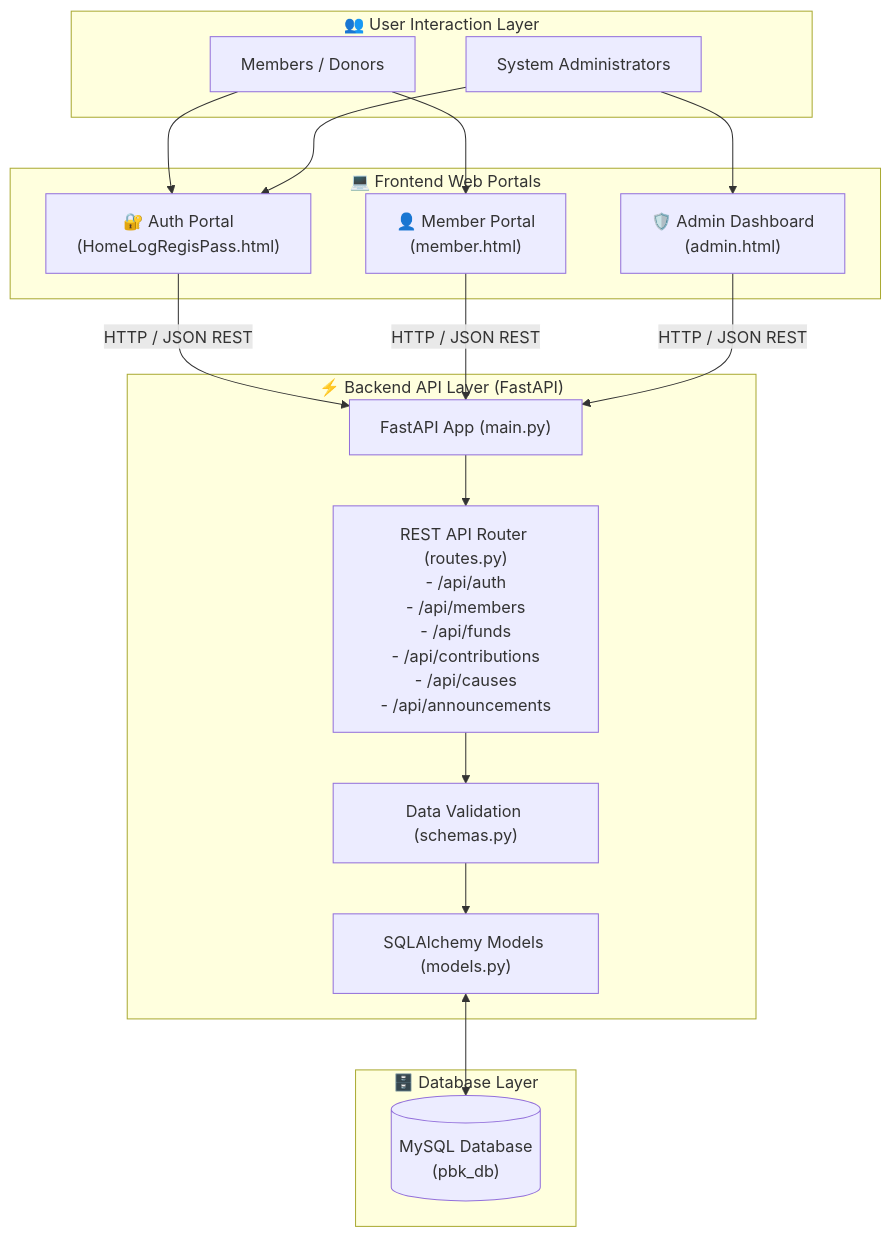
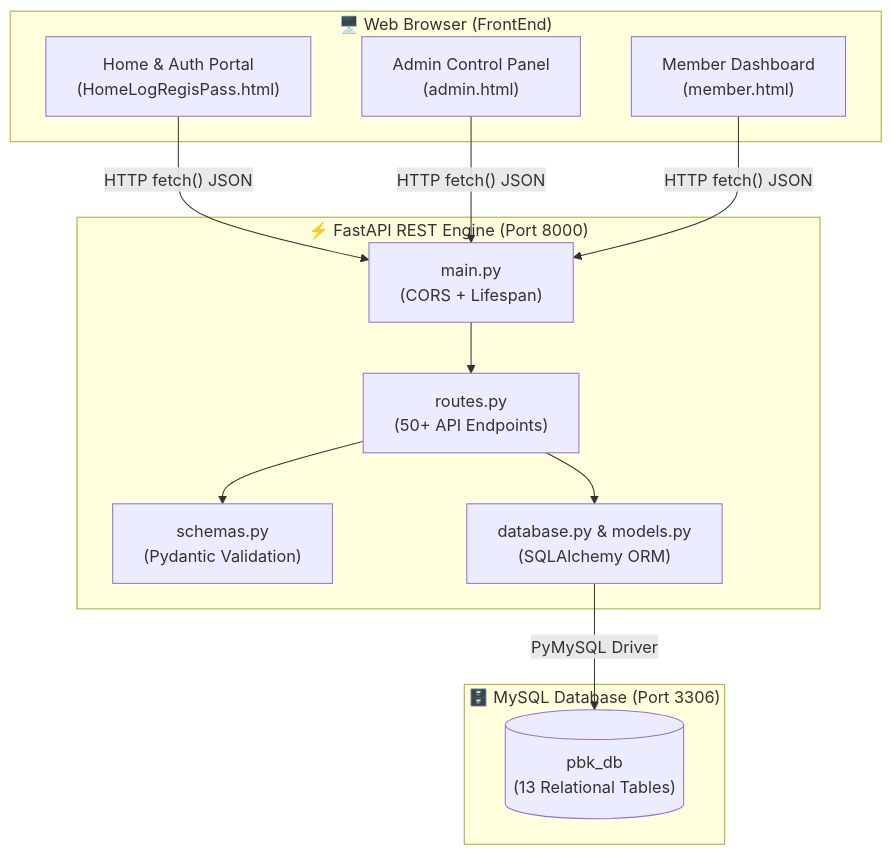
Before and after one commit to saikumar0118/BPK_Community_Fund: the diagram in README.md, drawn with Mermaid. The commit also changed other lines of this file and 1 other file, not shown here.

````diff
--- a/README.md
+++ b/README.md
@@ -49,38 +40,27 @@
 ```mermaid
 flowchart TD
-    subgraph Users["👥 User Interaction Layer"]
-        M[Members / Donors]
-        A[System Administrators]
+    subgraph Client ["🖥️ Web Browser (FrontEnd)"]
+        A1["Home & Auth Portal\n(HomeLogRegisPass.html)"]
+        A2["Admin Control Panel\n(admin.html)"]
+        A3["Member Dashboard\n(member.html)"]
     end
 
-    subgraph Frontend["💻 Frontend Web Portals"]
-        FP1["🔐 Auth Portal\n(HomeLogRegisPass.html)"]
-        FP2["👤 Member Portal\n(member.html)"]
-        FP3["🛡️ Admin Dashboard\n(admin.html)"]
+    subgraph Server ["⚡ FastAPI REST Engine (Port 8000)"]
+        B1["main.py\n(CORS + Lifespan)"]
+        B2["routes.py\n(50+ API Endpoints)"]
+        B3["schemas.py\n(Pydantic Validation)"]
+        B4["database.py & models.py\n(SQLAlchemy ORM)"]
     end
 
-    subgraph Backend["⚡ Backend API Layer (FastAPI)"]
-        API["FastAPI App (main.py)"]
-        RT["REST API Router (routes.py)\n- /api/auth\n- /api/members\n- /api/funds\n- /api/contributions\n- /api/causes\n- /api/announcements"]
-        SC["Data Validation (schemas.py)"]
-        ORM["SQLAlchemy Models (models.py)"]
+    subgraph Database ["🗄️ MySQL Database (Port 3306)"]
+        C1[("pbk_db\n(13 Relational Tables)")]
     end
 
-    subgraph Database["🗄️ Database Layer"]
-        DB[("MySQL Database\n(pbk_db)")]
-    end
-
-    M --> FP1
-    M --> FP2
-    A --> FP1
-    A --> FP3
-
-    FP1 -- "HTTP / JSON REST" --> API
-    FP2 -- "HTTP / JSON REST" --> API
-    FP3 -- "HTTP / JSON REST" --> API
-
-    API --> RT
-    RT --> SC
-    SC --> ORM
-    ORM <--> DB
+    A1 -->|"HTTP fetch() JSON"| B1
+    A2 -->|"HTTP fetch() JSON"| B1
+    A3 -->|"HTTP fetch() JSON"| B1
+    B1 --> B2
+    B2 --> B3
+    B2 --> B4
+    B4 -->|"PyMySQL Driver"| C1
 ```
````
